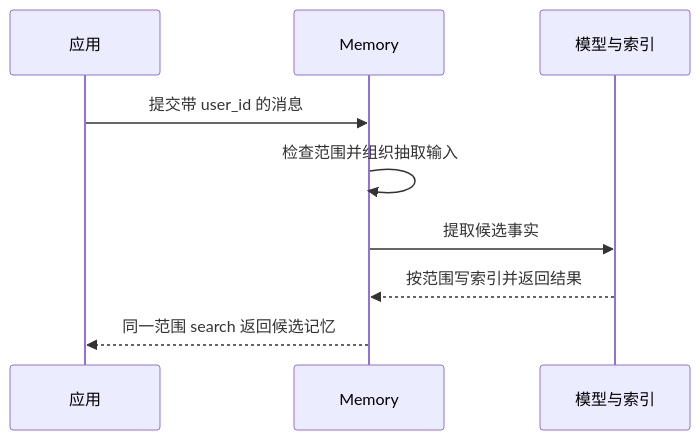
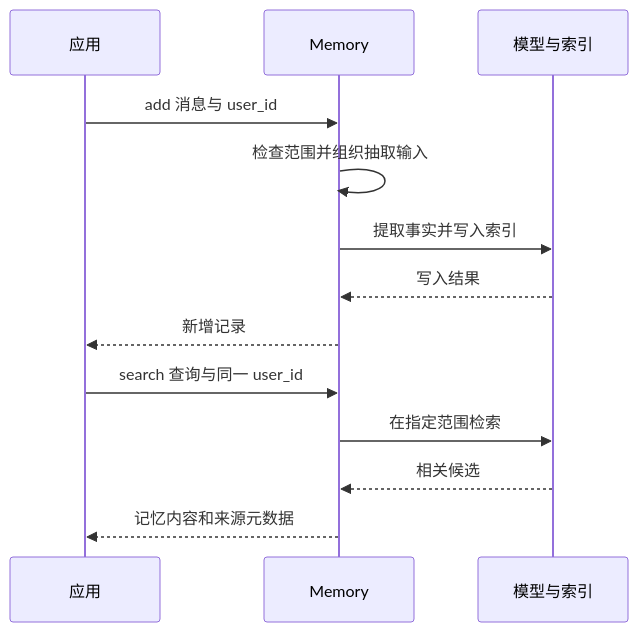
One commit to MarkingYang/aidea-lab changed the second of 4 diagrams in src/content/writing/mem0-series-overview.md. Above: the diagram before and after it, drawn with Mermaid. The commit also changed other lines of this file and 48 other files, not shown here.

````diff
--- a/src/content/writing/mem0-series-overview.md
+++ b/src/content/writing/mem0-series-overview.md
@@ -40,11 +40,15 @@
 ```mermaid
 sequenceDiagram
-  participant U as 应用
-  participant C as Memory
-  participant T as 模型与索引
-  U->>C: 提交带 user_id 的消息
-  C->>C: 检查范围并组织抽取输入
-  C->>T: 提取候选事实
-  T-->>C: 按范围写索引并返回结果
-  C-->>U: 同一范围 search 返回候选记忆
+ participant A as 应用
+ participant M as Memory
+ participant P as 模型与索引
+ A->>M: add 消息与 user_id
+ M->>M: 检查范围并组织抽取输入
+ M->>P: 提取事实并写入索引
+ P-->>M: 写入结果
+ M-->>A: 新增记录
+ A->>M: search 查询与同一 user_id
+ M->>P: 在指定范围检索
+ P-->>M: 相关候选
+ M-->>A: 记忆内容和来源元数据
 ```
````
